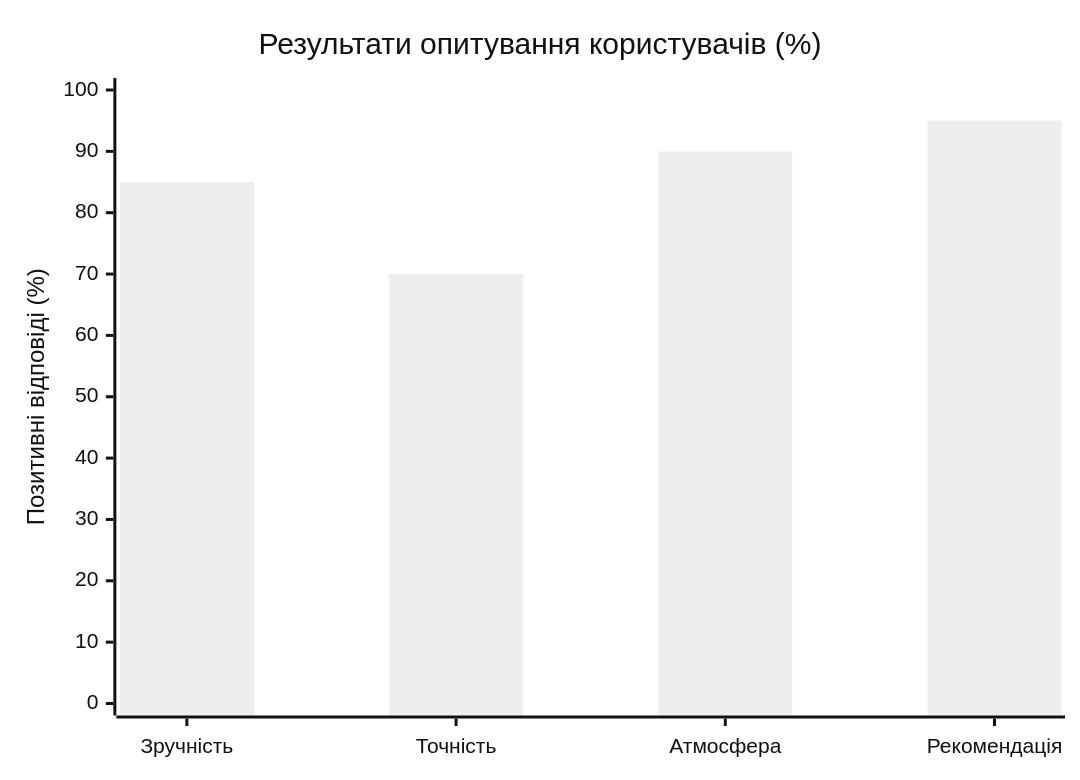
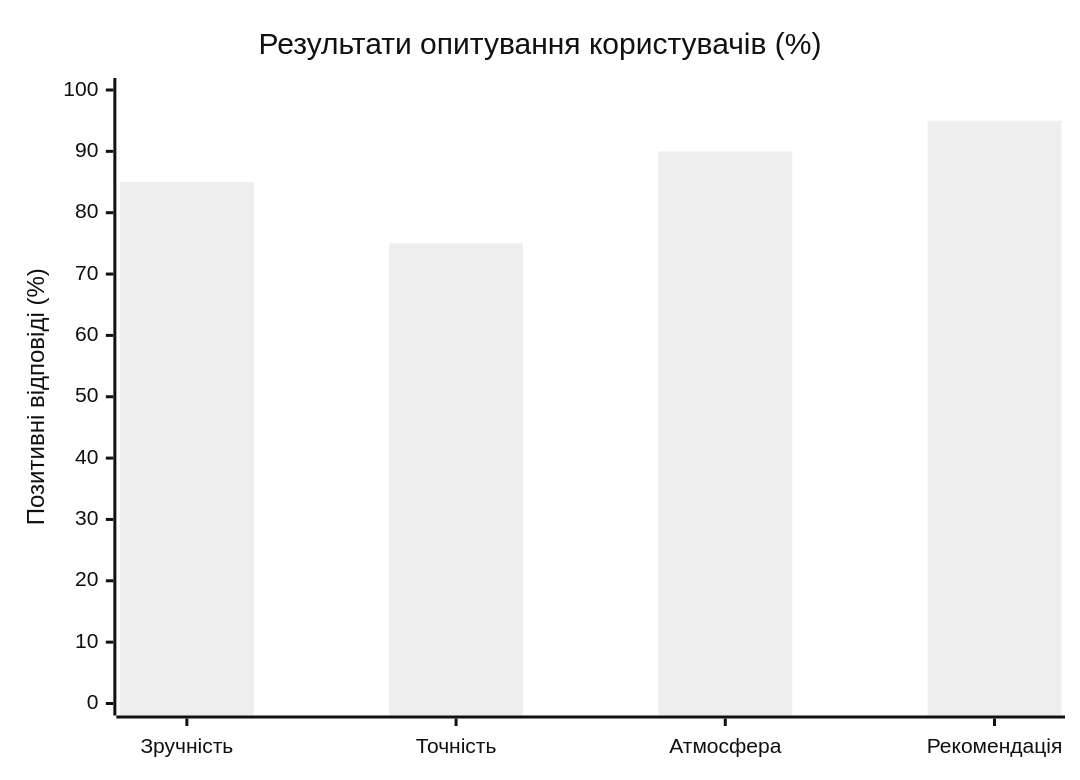
Before and after one commit to Djungarik/MastersDiploma: diagram 15 of 15 in Кваліфікаційна_робота_магістра.md, drawn with Mermaid (neutral theme). The commit also changed other lines of this file and 125 other files, not shown here.

First line of the commit message:
Thesis review fixes: sequential audio transitions, tests, experiments, diagrams

````diff
--- a/Кваліфікаційна_робота_магістра.md
+++ b/Кваліфікаційна_робота_магістра.md
@@ -1273,7 +1065,7 @@
 ```mermaid
 xychart-beta
     title "Результати опитування користувачів (%)"
     x-axis ["Зручність", "Точність", "Атмосфера", "Рекомендація"]
     y-axis "Позитивні відповіді (%)" 0 --> 100
-    bar [85, 70, 90, 95]
+    bar [85, 75, 90, 95]
 ```
````
